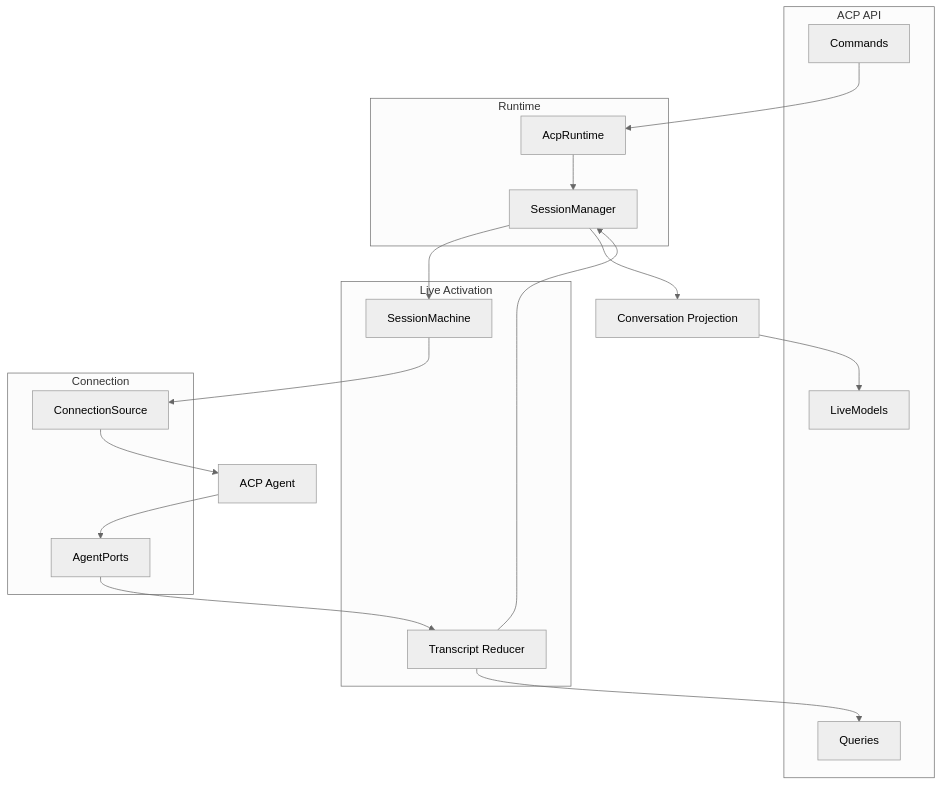
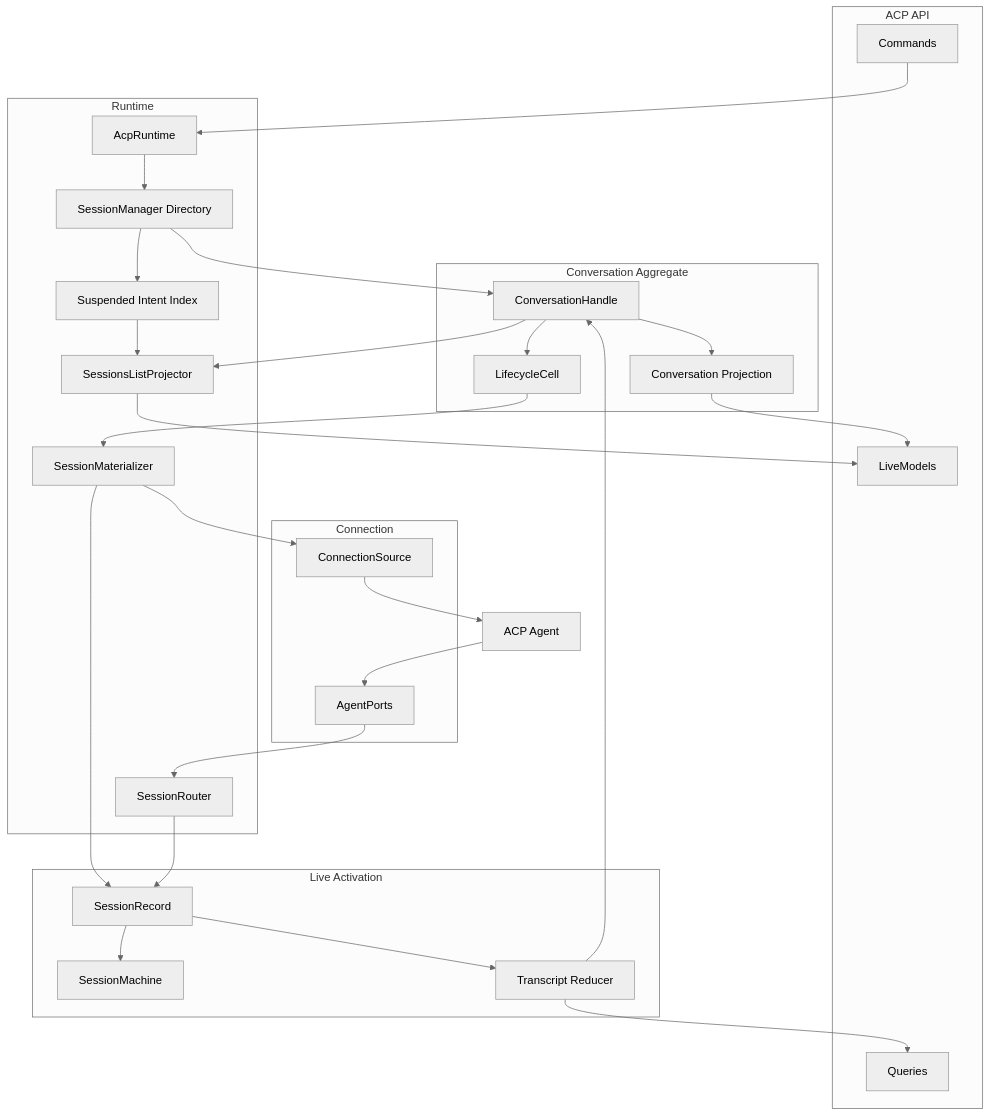
Before and after one commit to generalaction/emdash: the diagram in agents/architecture/acp-runtime.md, drawn with Mermaid (neutral theme). The commit also changed other lines of this file and 3 other files, not shown here.

Commit message:
feat(acp): restore suspended conversations lazily from intent index

````diff
--- a/agents/architecture/acp-runtime.md
+++ b/agents/architecture/acp-runtime.md
@@ -32,28 +41,40 @@
 ```mermaid
 flowchart TD
   subgraph api [ACP API]
     commands[Commands]
     liveModels[LiveModels]
     queries[Queries]
   end
   subgraph runtime [Runtime]
     root[AcpRuntime]
-    manager[SessionManager]
+    manager[SessionManager Directory]
+    router[SessionRouter]
+    materializer[SessionMaterializer]
+    intentIndex[Suspended Intent Index]
+    listProjector[SessionsListProjector]
+  end
+  subgraph conversation [Conversation Aggregate]
+    handle[ConversationHandle]
+    lifecycle[LifecycleCell]
+    projection[Conversation Projection]
   end
   subgraph session [Live Activation]
+    record[SessionRecord]
     machine[SessionMachine]
     reducer[Transcript Reducer]
   end
-  projection[Conversation Projection]
   subgraph connection [Connection]
     source[ConnectionSource]
     ports[AgentPorts]
   end
   agent[ACP Agent]
 
-  commands --> root --> manager --> machine
-  machine --> source --> agent
-  agent --> ports --> reducer
-  reducer --> manager --> projection --> liveModels
+  commands --> root --> manager --> handle
+  manager --> intentIndex --> listProjector --> liveModels
+  handle --> lifecycle --> materializer --> source --> agent
+  materializer --> record --> machine
+  agent --> ports --> router --> record
+  record --> reducer --> handle --> projection --> liveModels
+  handle --> listProjector
   reducer --> queries
 ```
````
